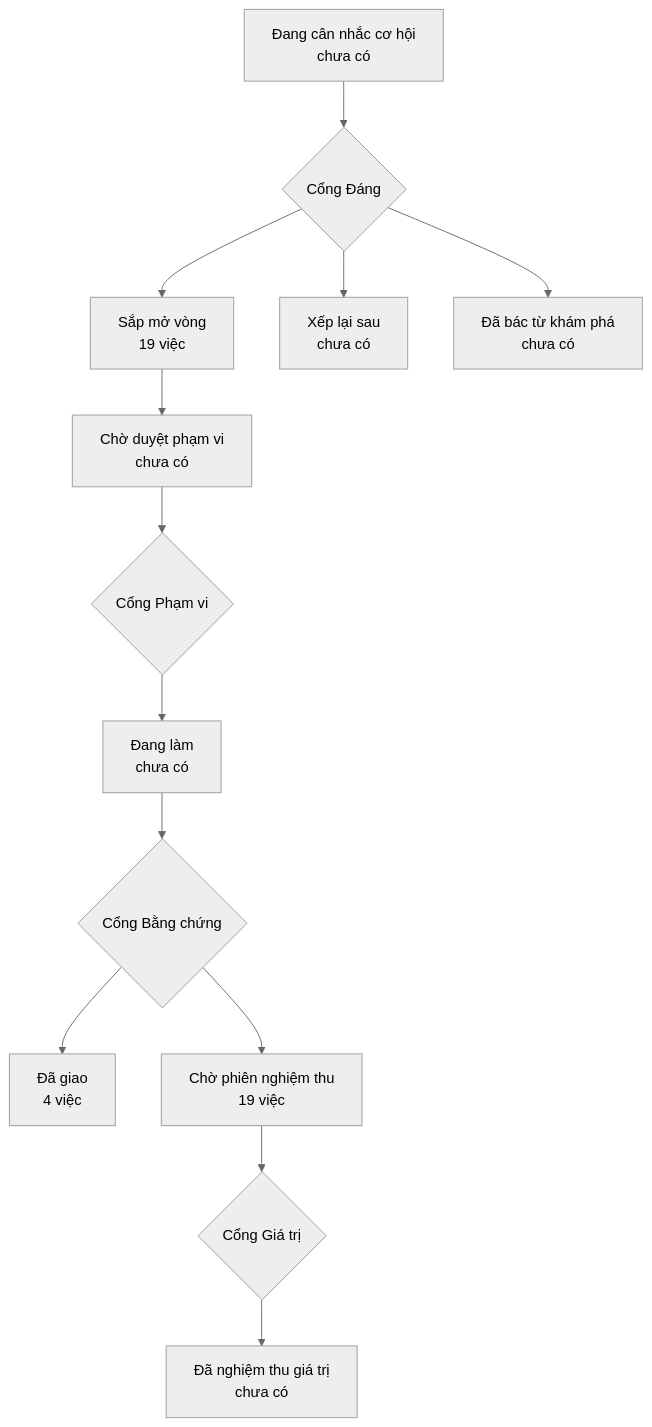
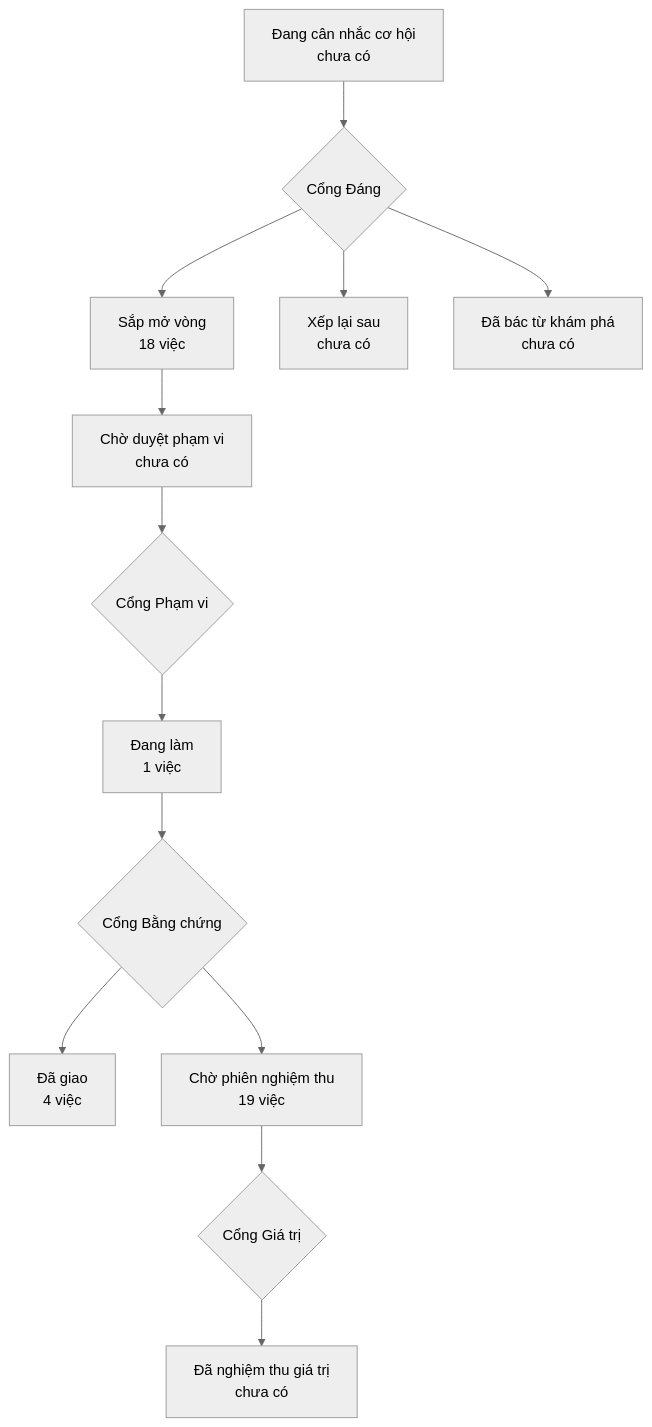
One commit to phanlemanh/onehub-quy-hang changed the diagram in PRODUCT-MAP.md. Above: the diagram before and after it, drawn with Mermaid (neutral theme). The commit also changed other lines of this file and 3 other files, not shown here.

````diff
--- a/PRODUCT-MAP.md
+++ b/PRODUCT-MAP.md
@@ -7,12 +7,12 @@
 ```mermaid
 flowchart TD
   A["Đang cân nhắc cơ hội<br/>chưa có"] --> GD{"Cổng Đáng"}
-  GD --> B["Sắp mở vòng<br/>19 việc"]
+  GD --> B["Sắp mở vòng<br/>18 việc"]
   GD --> XL["Xếp lại sau<br/>chưa có"]
   GD --> DB["Đã bác từ khám phá<br/>chưa có"]
   B --> CD["Chờ duyệt phạm vi<br/>chưa có"] --> GP{"Cổng Phạm vi"}
-  GP --> DL["Đang làm<br/>chưa có"] --> GB{"Cổng Bằng chứng"}
+  GP --> DL["Đang làm<br/>1 việc"] --> GB{"Cổng Bằng chứng"}
   GB --> DG["Đã giao<br/>4 việc"]
   GB --> CN["Chờ phiên nghiệm thu<br/>19 việc"] --> GG{"Cổng Giá trị"}
   GG --> NT["Đã nghiệm thu giá trị<br/>chưa có"]
 ```
````
